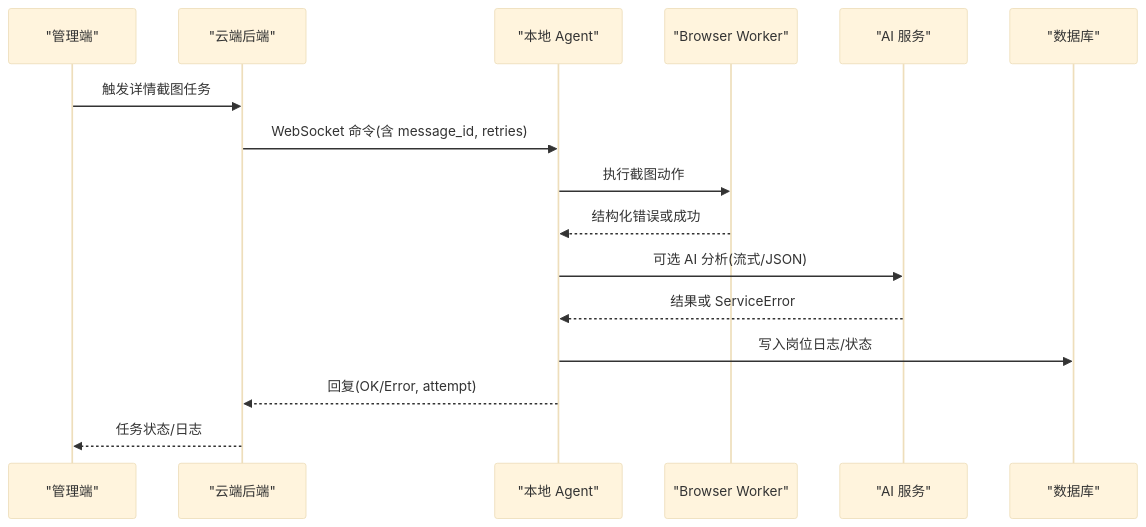
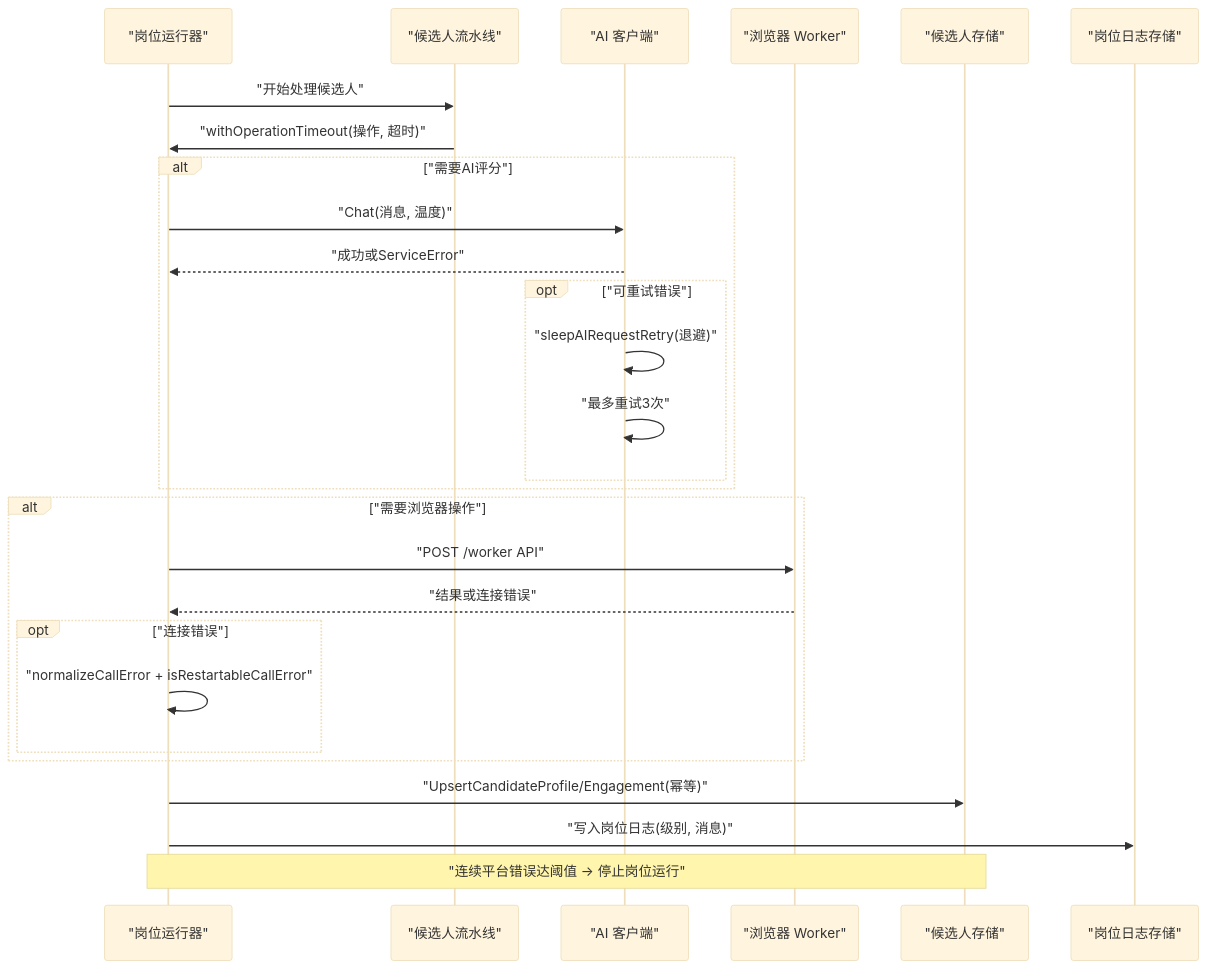
Before and after one commit to alvinwangzi/goodhr: the second of 8 diagrams in .qoder/repowiki/zh/content/云端后端服务/候选人处理系统/候选人数据摄入/错误处理和重试机制.md, drawn with Mermaid (base theme). The commit also changed other lines of this file and 149 other files, not shown here.

````diff
--- a/.qoder/repowiki/zh/content/云端后端服务/候选人处理系统/候选人数据摄入/错误处理和重试机制.md
+++ b/.qoder/repowiki/zh/content/云端后端服务/候选人处理系统/候选人数据摄入/错误处理和重试机制.md
@@ -118,18 +102,29 @@
 ```mermaid
 sequenceDiagram
-participant Admin as "管理端"
-participant Cloud as "云端后端"
-participant Agent as "本地 Agent"
-participant Worker as "Browser Worker"
-participant AI as "AI 服务"
-participant DB as "数据库"
-Admin->>Cloud : 触发详情截图任务
-Cloud->>Agent : WebSocket 命令(含 message_id, retries)
-Agent->>Worker : 执行截图动作
-Worker-->>Agent : 结构化错误或成功
-Agent->>AI : 可选 AI 分析(流式/JSON)
-AI-->>Agent : 结果或 ServiceError
-Agent->>DB : 写入岗位日志/状态
-Agent-->>Cloud : 回复(OK/Error, attempt)
-Cloud-->>Admin : 任务状态/日志
+participant Runner as "岗位运行器"
+participant Pipeline as "候选人流水线"
+participant AI as "AI 客户端"
+participant Browser as "浏览器 Worker"
+participant DB as "候选人存储"
+participant Log as "岗位日志存储"
+Runner->>Pipeline : "开始处理候选人"
+Pipeline->>Runner : "withOperationTimeout(操作, 超时)"
+alt "需要AI评分"
+Runner->>AI : "Chat(消息, 温度)"
+AI-->>Runner : "成功或ServiceError"
+opt "可重试错误"
+AI->>AI : "sleepAIRequestRetry(退避)"
+AI->>AI : "最多重试3次"
+end
+end
+alt "需要浏览器操作"
+Runner->>Browser : "POST /worker API"
+Browser-->>Runner : "结果或连接错误"
+opt "连接错误"
+Runner->>Runner : "normalizeCallError + isRestartableCallError"
+end
+end
+Runner->>DB : "UpsertCandidateProfile/Engagement(幂等)"
+Runner->>Log : "写入岗位日志(级别, 消息)"
+Note over Runner,DB : "连续平台错误达阈值 → 停止岗位运行"
 ```
````
